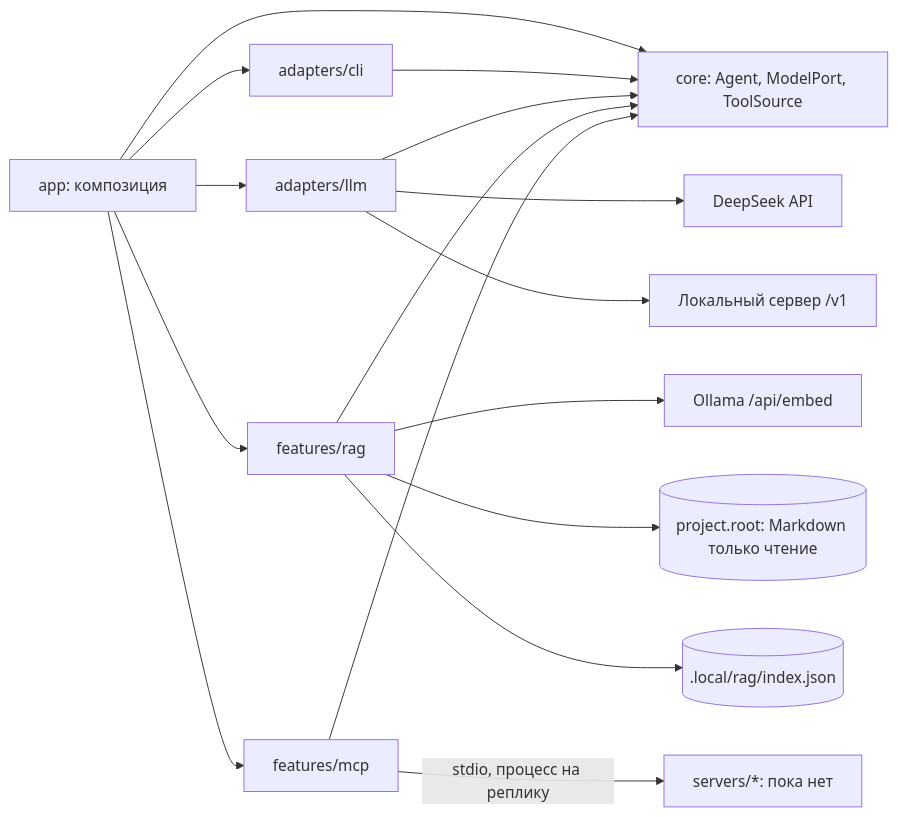
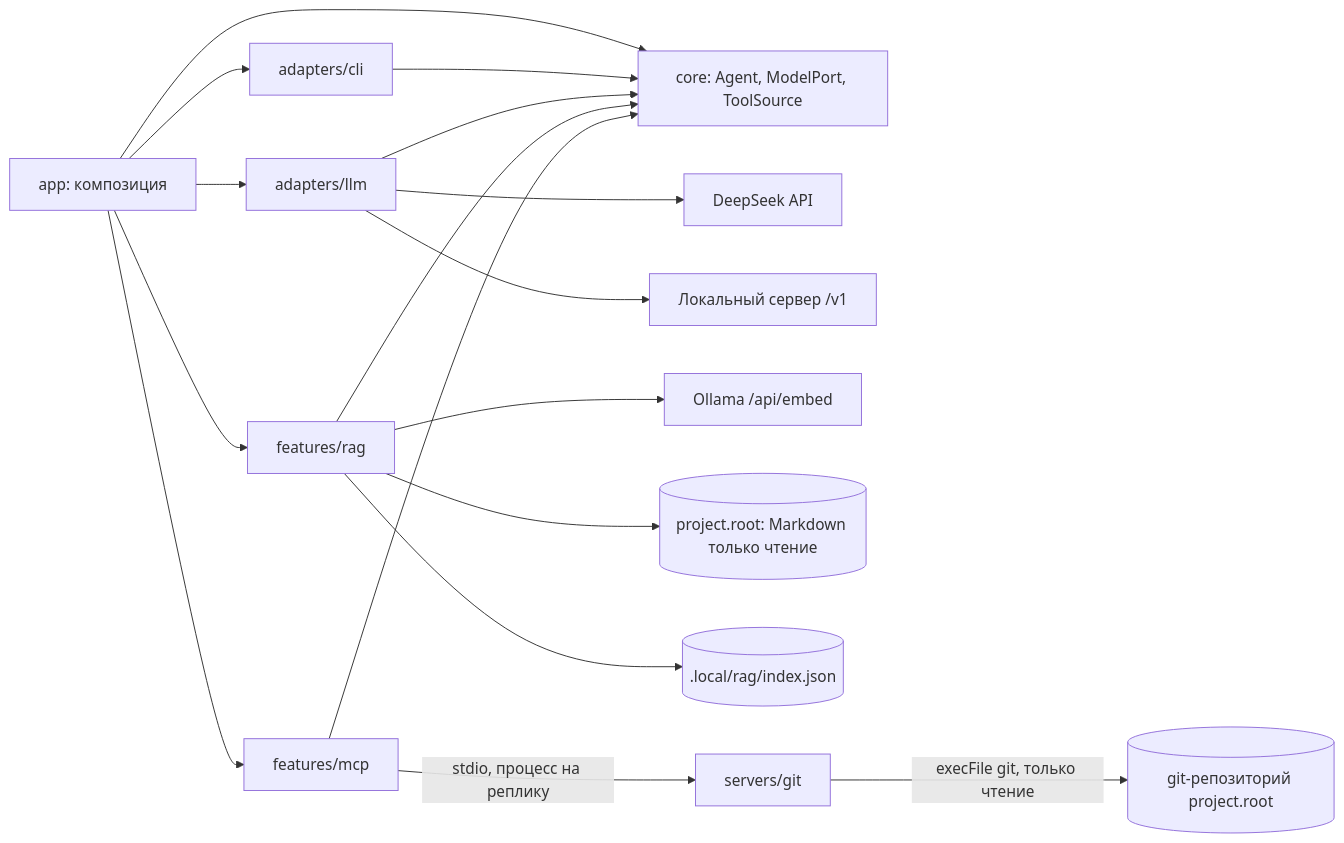
One commit to maxonmars/devflow-lab changed the diagram in ARCHITECTURE.md. Above: the diagram before and after it, drawn with Mermaid. The commit also changed other lines of this file and 11 other files, not shown here.

Commit message:
Document day 1: ADR 0002, project assistant, git server, demo

````diff
--- a/ARCHITECTURE.md
+++ b/ARCHITECTURE.md
@@ -10,18 +10,19 @@
 ```mermaid
 flowchart LR
     App[app: композиция] --> Core[core: Agent, ModelPort, ToolSource]
     App --> CLI[adapters/cli]
     App --> LLM[adapters/llm]
     App --> Rag[features/rag]
     App --> Mcp[features/mcp]
     CLI --> Core
     LLM --> Core
     LLM --> DeepSeek[DeepSeek API]
     LLM --> Local[Локальный сервер /v1]
     Rag --> Core
     Rag --> Ollama[Ollama /api/embed]
     Rag --> Project[(project.root: Markdown только чтение)]
     Rag --> Index[(.local/rag/index.json)]
     Mcp --> Core
-    Mcp -->|stdio, процесс на реплику| Servers[servers/*: пока нет]
+    Mcp -->|stdio, процесс на реплику| Git[servers/git]
+    Git -->|execFile git, только чтение| Repo[(git-репозиторий project.root)]
 ```
````
